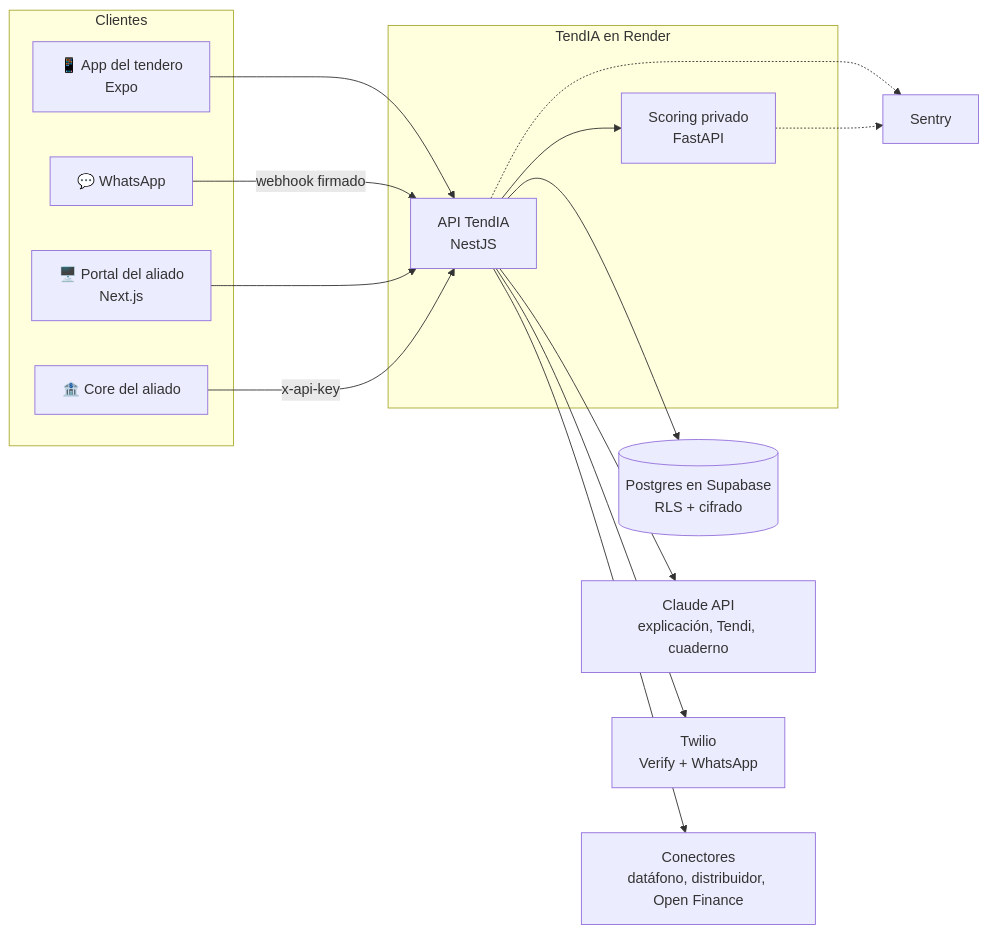
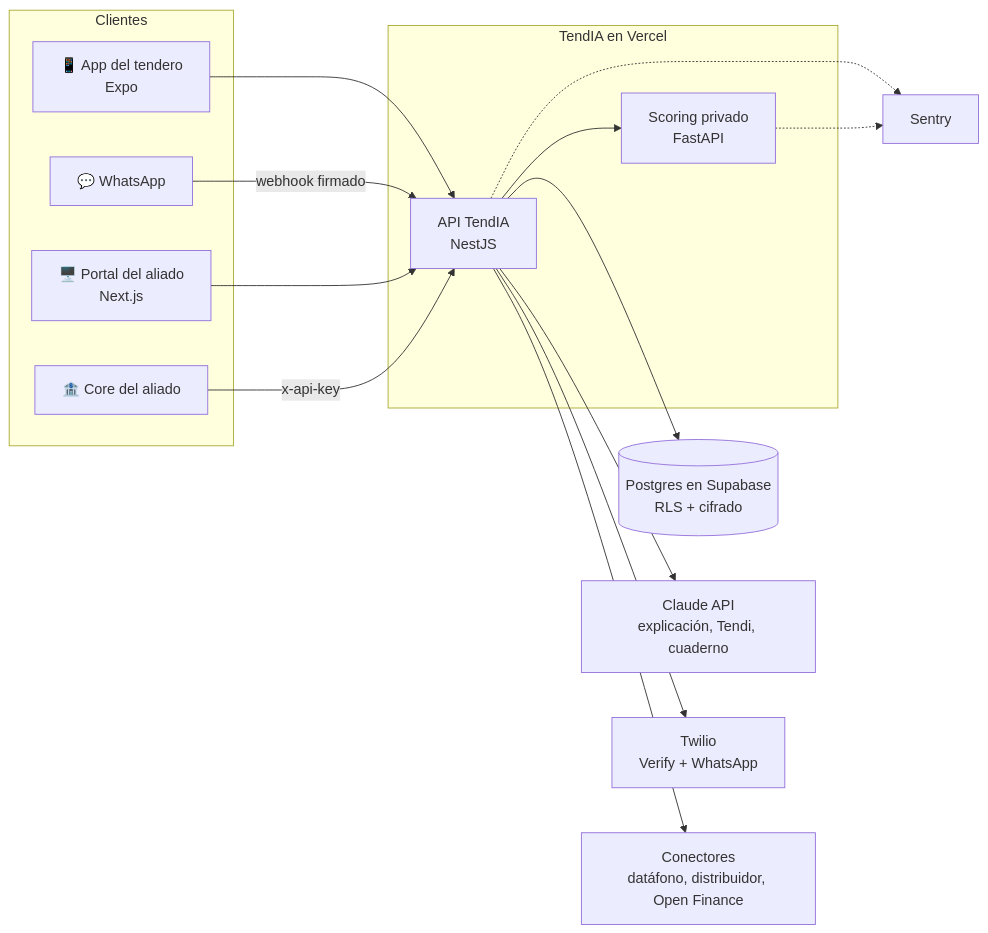
The first of 2 diagrams in README.md (TendIA-IETI-Team/tendia), drawn with Mermaid before and after one commit. The commit also changed other lines of this file and 35 other files, not shown here.

````diff
--- a/README.md
+++ b/README.md
@@ -186,25 +186,25 @@
 ```mermaid
 flowchart LR
   subgraph Clientes
     app[📱 App del tendero<br>Expo]
     wa[💬 WhatsApp]
     portal[🖥️ Portal del aliado<br>Next.js]
     core[🏦 Core del aliado]
   end
-  subgraph TendIA en Render
+  subgraph TendIA en Vercel
     api[API TendIA<br>NestJS]
     scoring[Scoring privado<br>FastAPI]
   end
   db[(Postgres en Supabase<br>RLS + cifrado)]
   app --> api
   wa -- webhook firmado --> api
   portal --> api
   core -- x-api-key --> api
   api --> db
   api --> scoring
   api --> claude[Claude API<br>explicación, Tendi, cuaderno]
   api --> twilio[Twilio<br>Verify + WhatsApp]
   api --> conectores[Conectores<br>datáfono, distribuidor, Open Finance]
   api -.-> sentry[Sentry]
   scoring -.-> sentry
 ```
````
